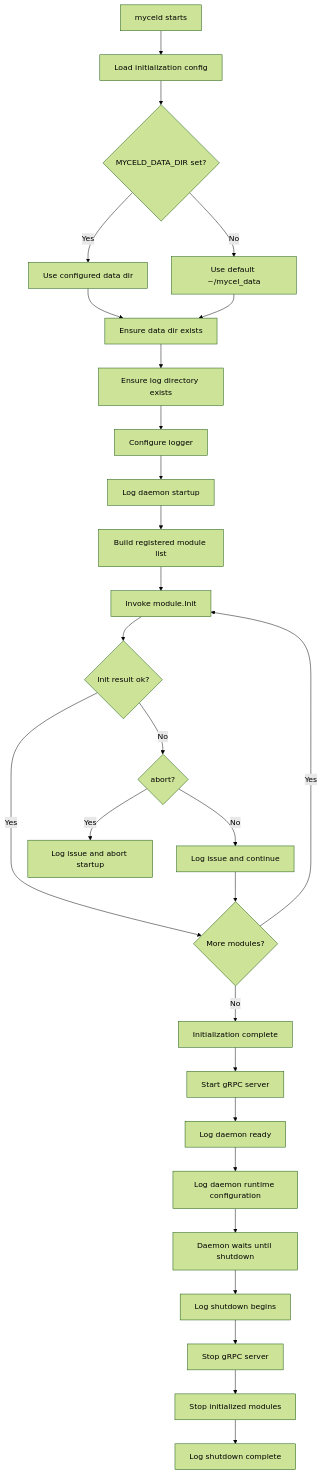
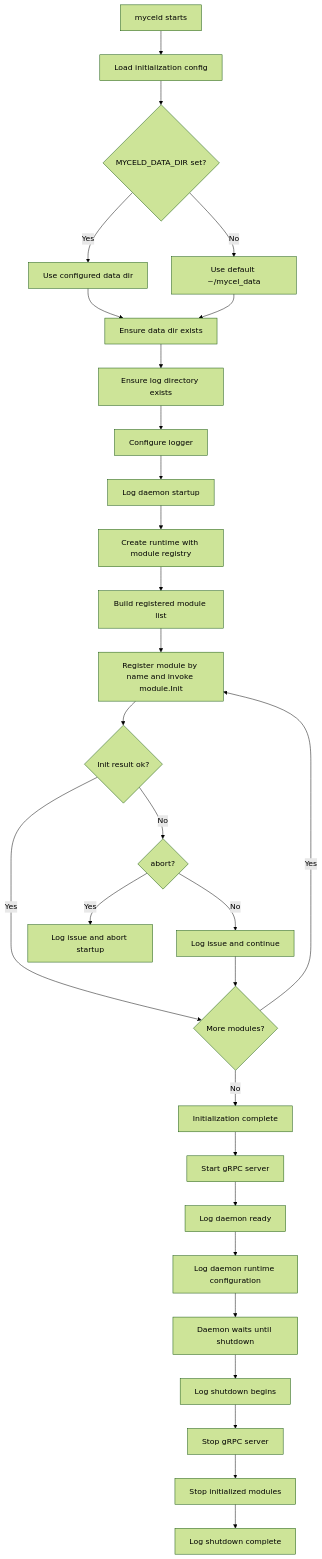
Before and after one commit to MycelDB/mycel: the first of 2 diagrams in docs/v2/design/initialization.md, drawn with Mermaid (forest theme). The commit also changed other lines of this file and 6 other files, not shown here.

Commit message:
refactor: make runtime own module registry

````diff
--- a/docs/v2/design/initialization.md
+++ b/docs/v2/design/initialization.md
@@ -206,30 +236,31 @@
 ```mermaid
 flowchart TD
   A[myceld starts] --> B[Load initialization config]
   B --> C{MYCELD_DATA_DIR set?}
   C -- Yes --> D[Use configured data dir]
   C -- No --> E[Use default ~/mycel_data]
   D --> F[Ensure data dir exists]
   E --> F
   F --> G[Ensure log directory exists]
   G --> H[Configure logger]
   H --> I[Log daemon startup]
-  I --> J[Build registered module list]
-  J --> K[Invoke module.Init]
-  K --> L{Init result ok?}
-  L -- Yes --> M{More modules?}
-  L -- No --> N{abort?}
-  N -- Yes --> O[Log issue and abort startup]
-  N -- No --> P[Log issue and continue]
-  P --> M
-  M -- Yes --> K
-  M -- No --> Q[Initialization complete]
-  Q --> R[Start gRPC server]
-  R --> S[Log daemon ready]
-  S --> T[Log daemon runtime configuration]
-  T --> U[Daemon waits until shutdown]
-  U --> V[Log shutdown begins]
-  V --> W[Stop gRPC server]
-  W --> X[Stop initialized modules]
-  X --> Y[Log shutdown complete]
+  I --> J[Create runtime with module registry]
+  J --> K[Build registered module list]
+  K --> L[Register module by name and invoke module.Init]
+  L --> M{Init result ok?}
+  M -- Yes --> N{More modules?}
+  M -- No --> O{abort?}
+  O -- Yes --> P[Log issue and abort startup]
+  O -- No --> Q[Log issue and continue]
+  Q --> N
+  N -- Yes --> L
+  N -- No --> R[Initialization complete]
+  R --> S[Start gRPC server]
+  S --> T[Log daemon ready]
+  T --> U[Log daemon runtime configuration]
+  U --> V[Daemon waits until shutdown]
+  V --> W[Log shutdown begins]
+  W --> X[Stop gRPC server]
+  X --> Y[Stop initialized modules]
+  Y --> Z[Log shutdown complete]
 ```
````
